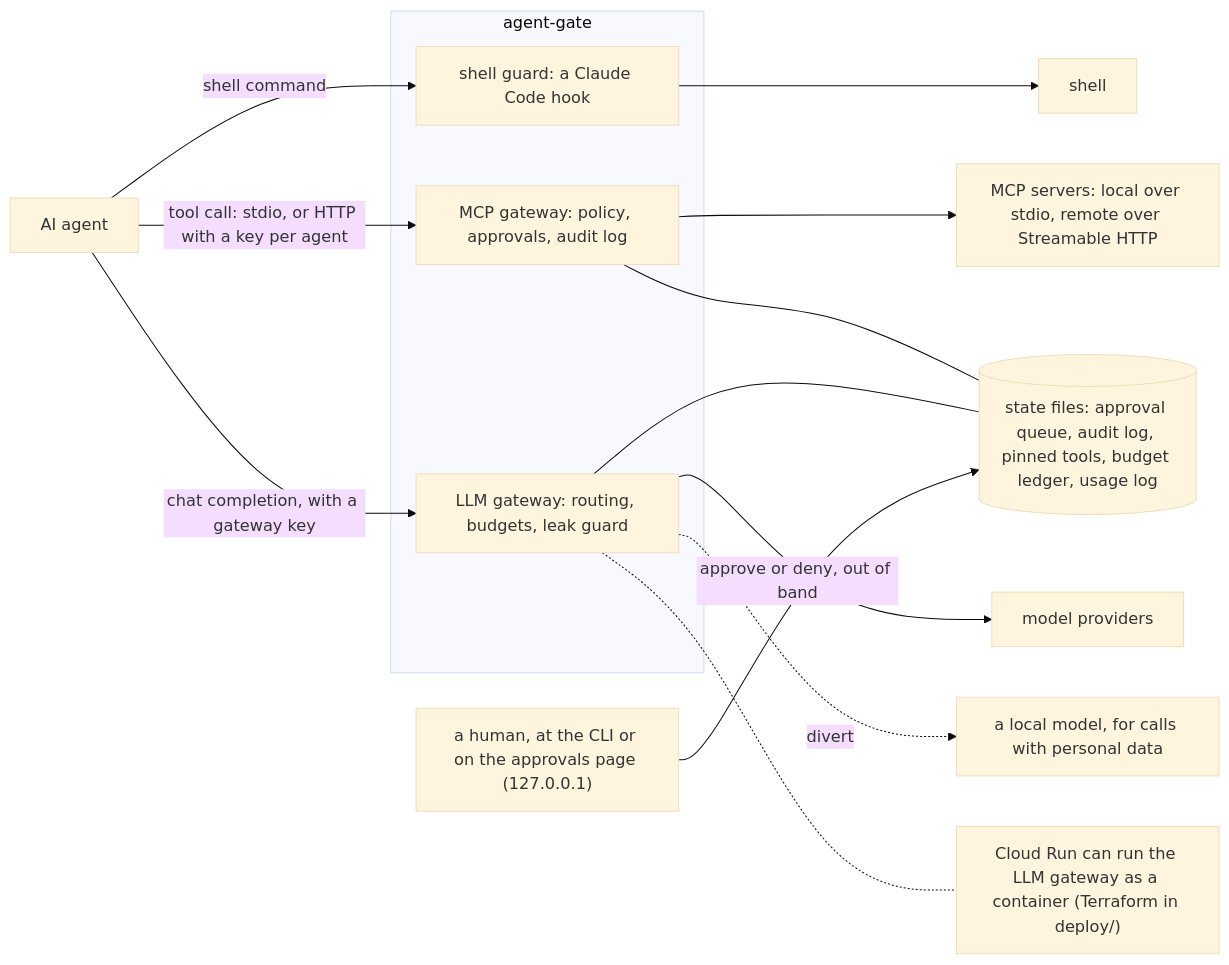
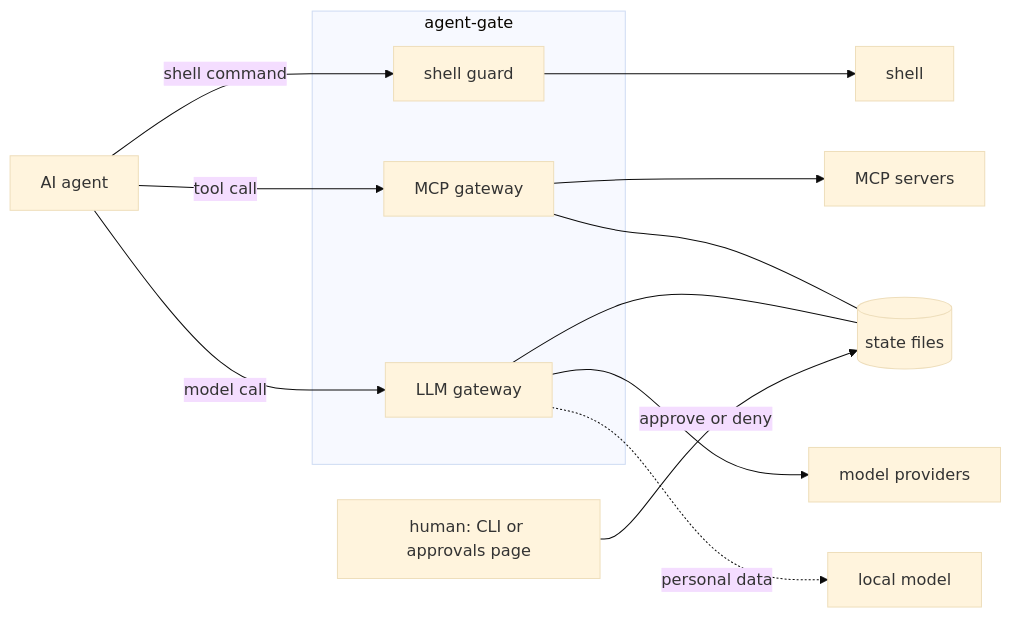
The diagram in README.md (bobbyhin/agent-gate), drawn with Mermaid (base theme) before and after one commit. The commit also changed other lines of this file, not shown here.

````diff
--- a/README.md
+++ b/README.md
@@ -7,24 +88,16 @@
 ```mermaid
 flowchart LR
   agent["AI agent"]
   subgraph gate["agent-gate"]
-    hook["shell guard: a Claude Code hook"]
-    mcp["MCP gateway: policy, approvals, audit log"]
-    llm["LLM gateway: routing, budgets, leak guard"]
+    hook["shell guard"]
+    mcp["MCP gateway"]
+    llm["LLM gateway"]
   end
-  shell["shell"]
-  tools["MCP servers: local over stdio, remote over Streamable HTTP"]
-  providers["model providers"]
-  localModel["a local model, for calls with personal data"]
-  files[("state files: approval queue, audit log, pinned tools, budget ledger, usage log")]
-  human["a human, at the CLI or on the approvals page (127.0.0.1)"]
-  cloud["Cloud Run can run the LLM gateway as a container (Terraform in deploy/)"]
-  agent -- "shell command" --> hook --> shell
-  agent -- "tool call: stdio, or HTTP with a key per agent" --> mcp --> tools
-  agent -- "chat completion, with a gateway key" --> llm --> providers
-  llm -.->|"divert"| localModel
-  mcp --- files
+  agent -- "shell command" --> hook --> shell["shell"]
+  agent -- "tool call" --> mcp --> tools["MCP servers"]
+  agent -- "model call" --> llm --> providers["model providers"]
+  llm -.->|"personal data"| localModel["local model"]
+  mcp --- files[("state files")]
   llm --- files
-  human -- "approve or deny, out of band" --> files
-  llm -.- cloud
+  human["human: CLI or approvals page"] -- "approve or deny" --> files
 ```
````
